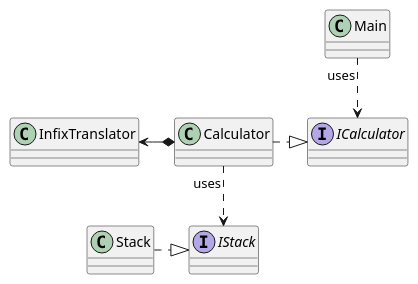
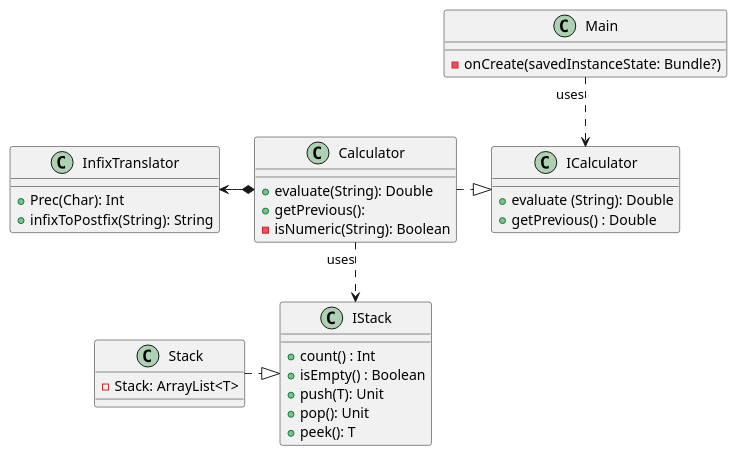
Before and after one commit to DanielRasho/programacion-movil: the diagram in Lab2-Calculator/mainUML.puml, drawn with PlantUML. The commit also changed 1 other file, not shown here.

Commit message:
Feat: Add UML diagram, for developers comprehension.

```diff
--- a/Lab2-Calculator/mainUML.puml
+++ b/Lab2-Calculator/mainUML.puml
@@ -1,18 +1,51 @@
 @startuml
 'https://plantuml.com/class-diagram
 
 class Main
 class Calculator
 class Stack
 class InfixTranslator
 
 interface ICalculator
 interface IStack
 
 Main "uses" ..> ICalculator
-Calculator .|> ICalculator
+Calculator  .|> ICalculator
 Calculator "uses" ..> IStack
 Calculator *-left-> InfixTranslator
 Stack .|> IStack
 
+class Main {
+    - onCreate(savedInstanceState: Bundle?)
+}
+
+class ICalculator{
+    + evaluate (String): Double
+    + getPrevious() : Double
+}
+
+class Calculator{
+    + evaluate(String): Double
+    + getPrevious():
+    - isNumeric(String): Boolean
+
+}
+
+class InfixTranslator{
+    + Prec(Char): Int
+    + infixToPostfix(String): String
+}
+
+class IStack{
+    + count() : Int
+    + isEmpty() : Boolean
+    + push(T): Unit
+    + pop(): Unit
+    + peek(): T
+}
+
+class Stack{
+    - Stack: ArrayList<T>
+}
+
 @enduml
```
